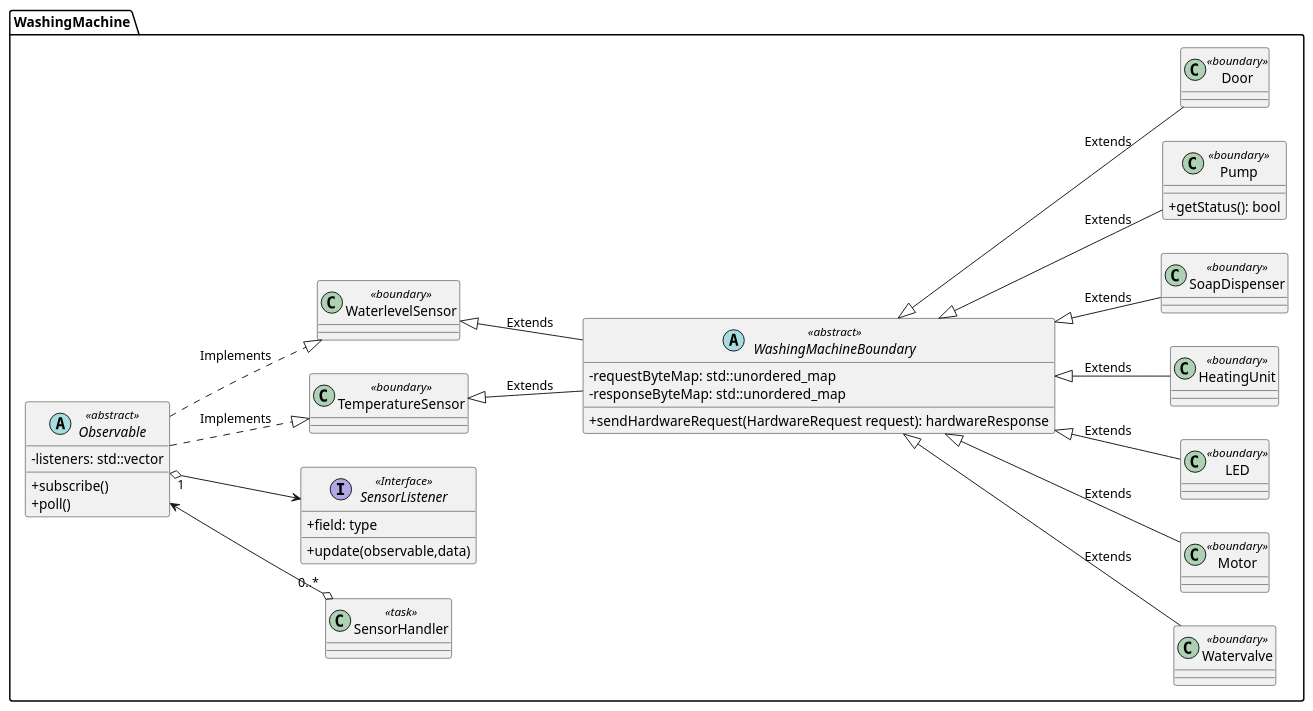
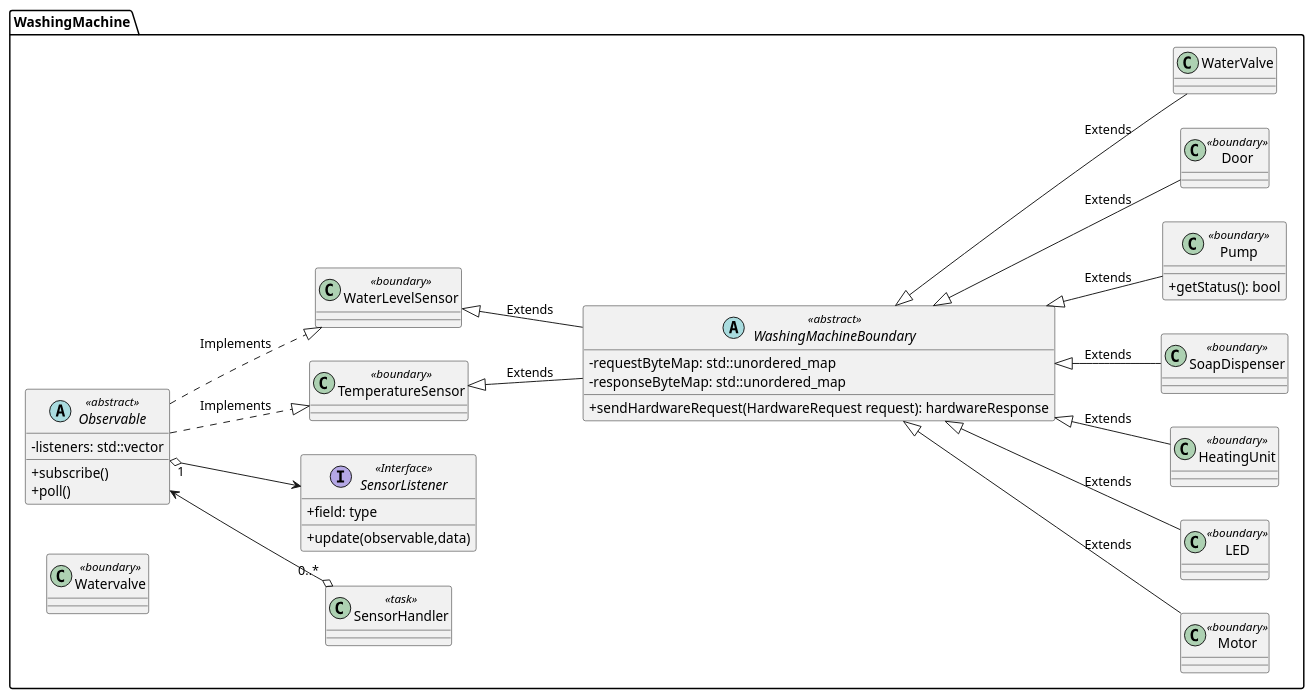
One commit to martijnvandijk/th06 changed the third of 4 diagrams in Documentatie/Source/Modellen/klassendiagram.puml. Above: the diagram before and after it, drawn with PlantUML. The commit also changed other lines of this file, not shown here.

Commit message:
updated class diagram

```diff
--- a/Documentatie/Source/Modellen/klassendiagram.puml
+++ b/Documentatie/Source/Modellen/klassendiagram.puml
@@ -153,56 +153,56 @@
 @startuml
 skinparam classAttributeIconSize 0
 left to right direction
 
 package WashingMachine {
 	abstract class WashingMachineBoundary<<abstract>> {
 		- requestByteMap: std::unordered_map
 		- responseByteMap: std::unordered_map
 		+ sendHardwareRequest(HardwareRequest request): hardwareResponse
 	}
 
 	abstract class Observable<<abstract>> {
 		- listeners: std::vector
 		+ subscribe()
 		+ poll()
 	}
 
 	class SensorHandler<<task>>
 
 	interface SensorListener<<Interface>> {
 		+ field: type
 		+ update(observable,data)
 	}
 
 	class Watervalve<<boundary>>
 	class Motor<<boundary>>
 	class LED<<boundary>>
 	class HeatingUnit<<boundary>>
 	class SoapDispenser<<boundary>>
 	class Pump<<boundary>> {
 		+ getStatus(): bool
 	}
 	class Door<<boundary>>
 
 	class TemperatureSensor<<boundary>>
-	class WaterlevelSensor<<boundary>>
+	class WaterLevelSensor<<boundary>>
 
 
-	WashingMachineBoundary  <|--    Watervalve : Extends
+	WashingMachineBoundary  <|--    WaterValve : Extends
 	WashingMachineBoundary  <|--    Motor : Extends
 	WashingMachineBoundary  <|--    LED : Extends
 	WashingMachineBoundary  <|--    HeatingUnit : Extends
 	WashingMachineBoundary  <|--    SoapDispenser : Extends
 	WashingMachineBoundary  <|--    Pump : Extends
 	WashingMachineBoundary  <|--    Door : Extends
 
 	TemperatureSensor       <|--    WashingMachineBoundary : Extends
-	WaterlevelSensor        <|--    WashingMachineBoundary : Extends
+	WaterLevelSensor        <|--    WashingMachineBoundary : Extends
 
 	Observable              ..|>    TemperatureSensor : Implements
-	Observable              ..|>    WaterlevelSensor : Implements
+	Observable              ..|>    WaterLevelSensor : Implements
 
 	Observable              <--o "0..*"     SensorHandler
 	Observable          "1" o-->            SensorListener
 }
 @enduml
```
